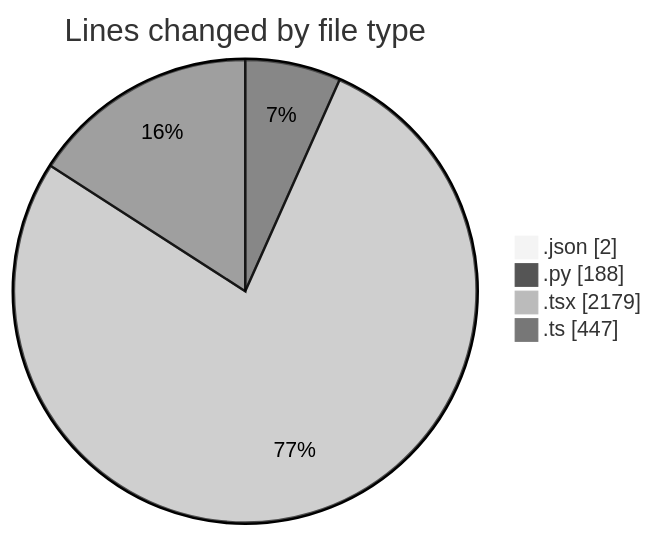
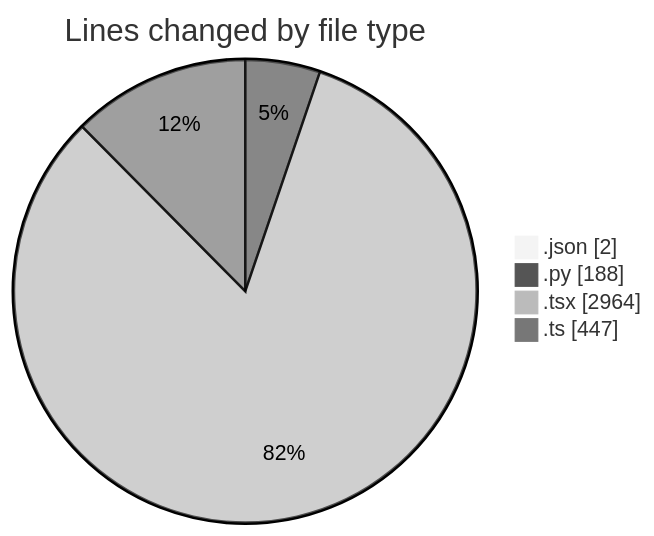
One commit to julien-gomy/code-tracking changed the first of 2 diagrams in 2025-10-06/eventscop-frontend-guide__workspace_/README.md. Above: the diagram before and after it, drawn with Mermaid (neutral theme). The commit also changed other lines of this file and 1 other file, not shown here.

````diff
--- a/2025-10-06/eventscop-frontend-guide__workspace_/README.md
+++ b/2025-10-06/eventscop-frontend-guide__workspace_/README.md
@@ -30,8 +41,8 @@
 ```mermaid
 pie showData
 title Lines changed by file type
 ".json" : 2
 ".py" : 188
-".tsx" : 2179
+".tsx" : 2964
 ".ts" : 447
 ```
````
